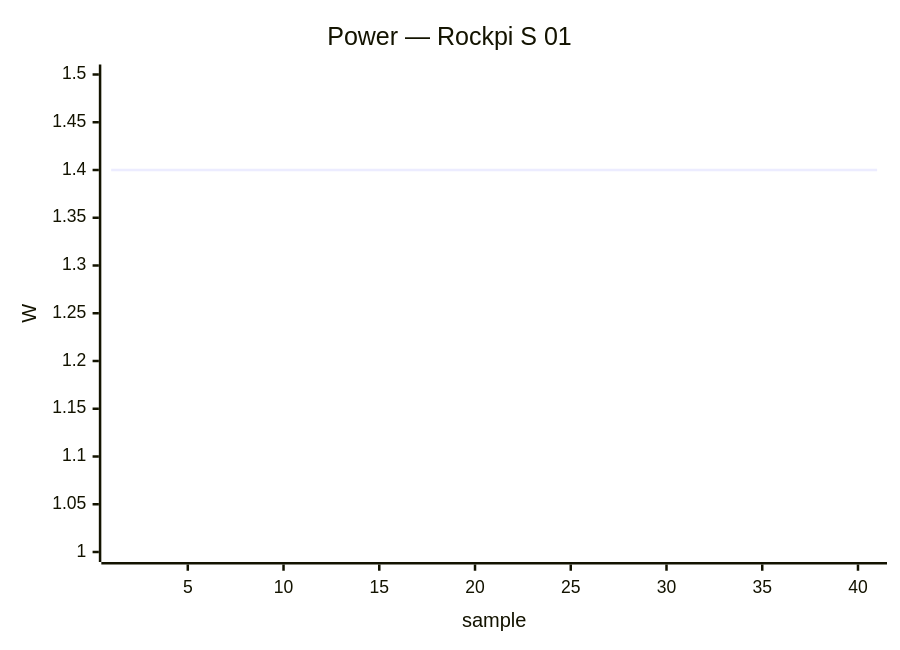
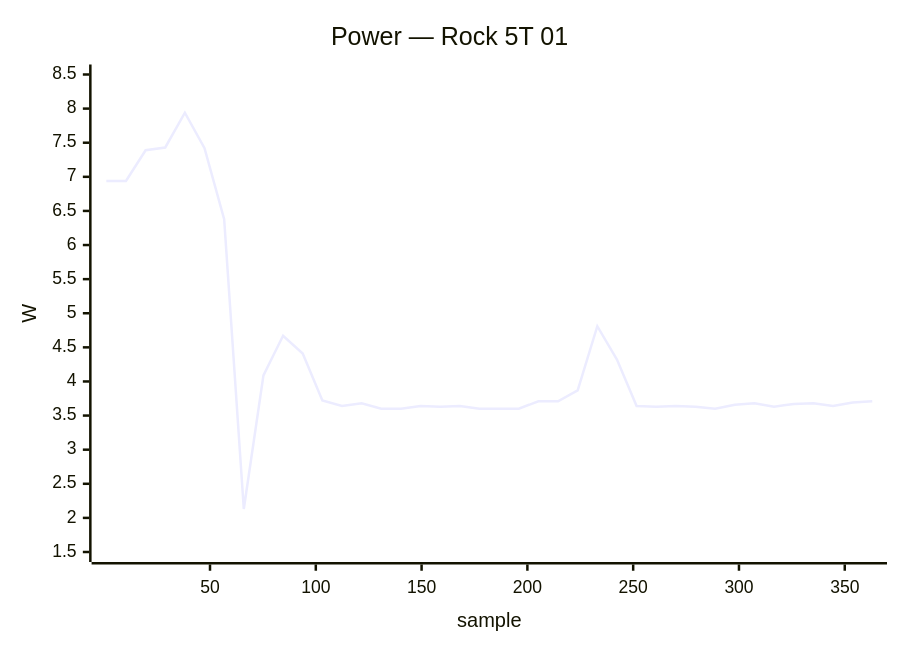
One commit to armbian/documentation changed the fifth of 34 diagrams in docs/status/board-tests.md. Above: the diagram before and after it, drawn with Mermaid. The commit also changed other lines of this file, not shown here.

````diff
--- a/docs/status/board-tests.md
+++ b/docs/status/board-tests.md
@@ -346,7 +275,7 @@
 ```mermaid
 xychart-beta
-    title "Power — Rockpi S 01"
-    x-axis "sample" 1 --> 41
-    y-axis "W" 1.0 --> 1.5
-    line [1.40, 1.40, 1.40, 1.40, 1.40, 1.40, 1.40, 1.40, 1.40, 1.40, 1.40, 1.40, 1.40, 1.40, 1.40, 1.40, 1.40, 1.40, 1.40, 1.40, 1.40, 1.40, 1.40, 1.40, 1.40, 1.40, 1.40, 1.40, 1.40, 1.40, 1.40, 1.40, 1.40, 1.40, 1.40, 1.40, 1.40, 1.40, 1.40, 1.40]
+    title "Power — Rock 5T 01"
+    x-axis "sample" 1 --> 363
+    y-axis "W" 1.5 --> 8.5
+    line [6.94, 6.94, 7.39, 7.43, 7.94, 7.42, 6.38, 2.13, 4.09, 4.67, 4.41, 3.72, 3.64, 3.68, 3.60, 3.60, 3.64, 3.63, 3.64, 3.60, 3.60, 3.60, 3.71, 3.71, 3.87, 4.81, 4.32, 3.64, 3.63, 3.64, 3.63, 3.60, 3.66, 3.68, 3.63, 3.67, 3.68, 3.64, 3.69, 3.71]
 ```
````
